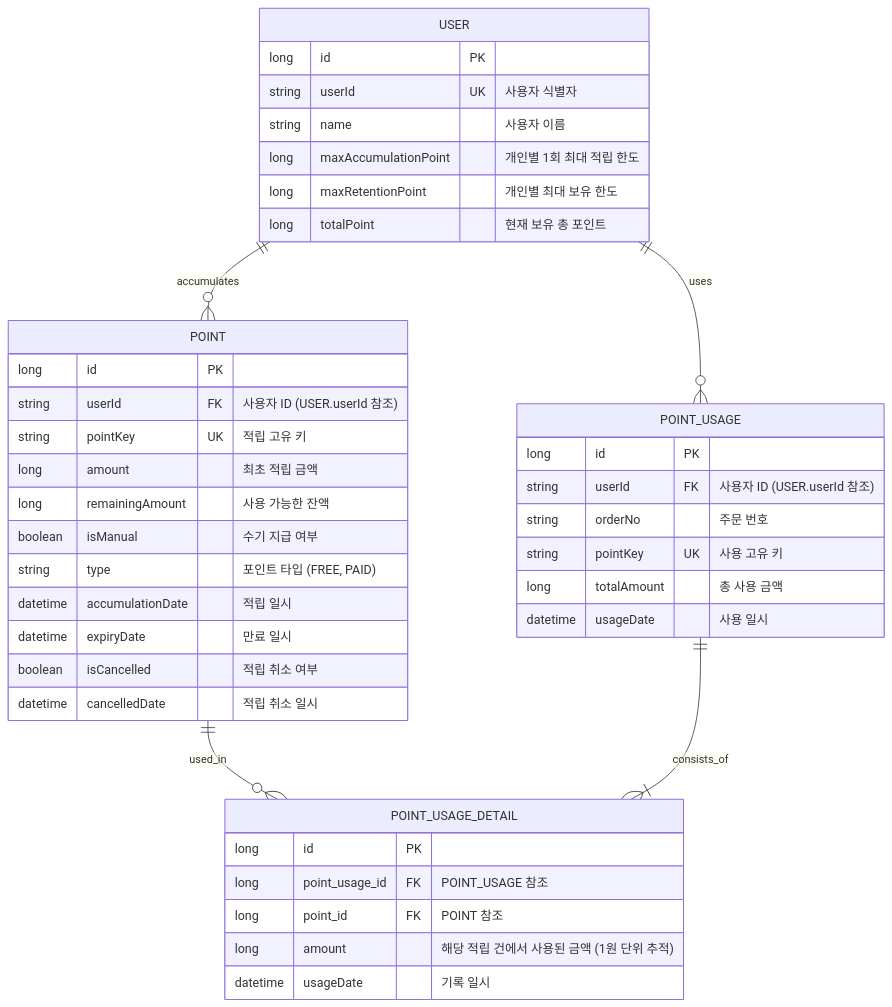
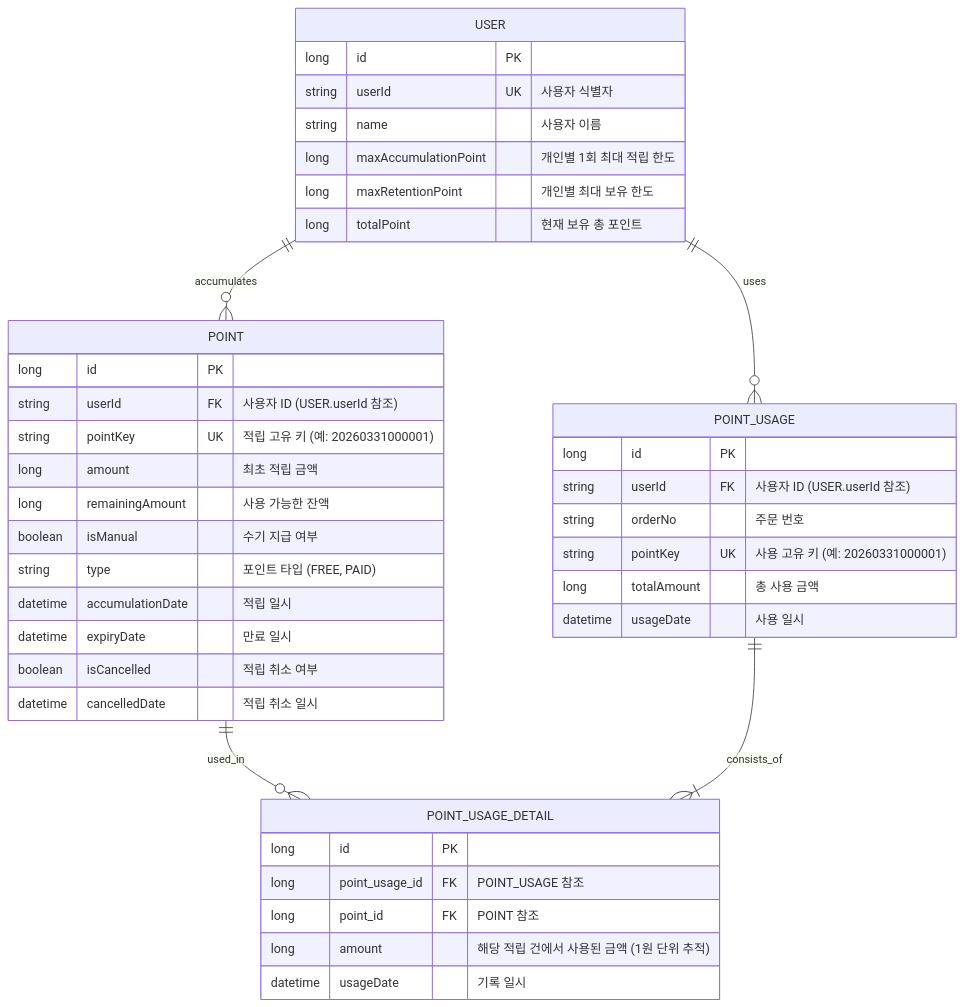
One commit to muzzaiwork/point changed the diagram in docs/erd.md. Above: the diagram before and after it, drawn with Mermaid. The commit also changed other lines of this file and 5 other files, not shown here.

Commit message:
Update pointKey format (remove prefix) and sync documentation

````diff
--- a/docs/erd.md
+++ b/docs/erd.md
@@ -5,47 +5,47 @@
 ```mermaid
 erDiagram
     USER ||--o{ POINT : "accumulates"
     USER ||--o{ POINT_USAGE : "uses"
     POINT ||--o{ POINT_USAGE_DETAIL : "used_in"
     POINT_USAGE ||--|{ POINT_USAGE_DETAIL : "consists_of"
 
     USER {
         long id PK
         string userId UK "사용자 식별자"
         string name "사용자 이름"
         long maxAccumulationPoint "개인별 1회 최대 적립 한도"
         long maxRetentionPoint "개인별 최대 보유 한도"
         long totalPoint "현재 보유 총 포인트"
     }
 
     POINT {
         long id PK
         string userId FK "사용자 ID (USER.userId 참조)"
-        string pointKey UK "적립 고유 키"
+        string pointKey UK "적립 고유 키 (예: 20260331000001)"
         long amount "최초 적립 금액"
         long remainingAmount "사용 가능한 잔액"
         boolean isManual "수기 지급 여부"
         string type "포인트 타입 (FREE, PAID)"
         datetime accumulationDate "적립 일시"
         datetime expiryDate "만료 일시"
         boolean isCancelled "적립 취소 여부"
         datetime cancelledDate "적립 취소 일시"
     }
 
     POINT_USAGE {
         long id PK
         string userId FK "사용자 ID (USER.userId 참조)"
         string orderNo "주문 번호"
-        string pointKey UK "사용 고유 키"
+        string pointKey UK "사용 고유 키 (예: 20260331000001)"
         long totalAmount "총 사용 금액"
         datetime usageDate "사용 일시"
     }
 
     POINT_USAGE_DETAIL {
         long id PK
         long point_usage_id FK "POINT_USAGE 참조"
         long point_id FK "POINT 참조"
         long amount "해당 적립 건에서 사용된 금액 (1원 단위 추적)"
         datetime usageDate "기록 일시"
     }
 ```
````
